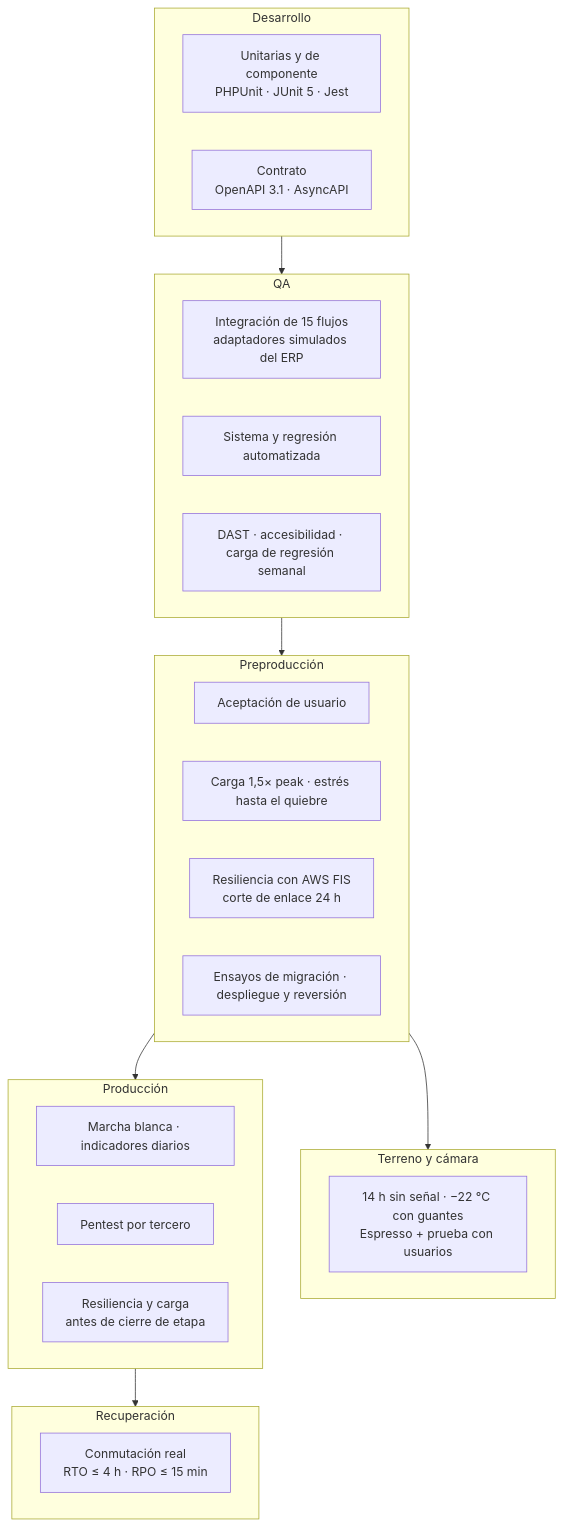
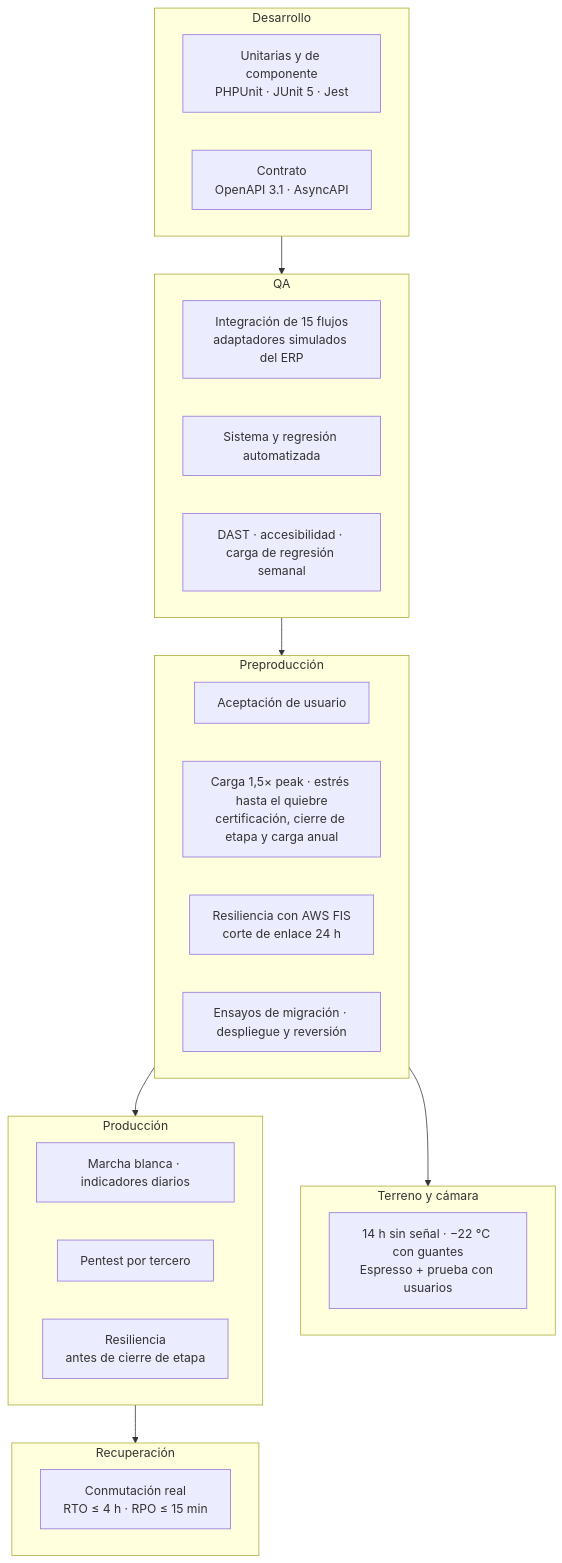
One commit to PatricioH315/LafroX changed the fourth of 10 diagrams in 09_plan_calidad/LAFROX-Subdocumento9.md. Above: the diagram before and after it, drawn with Mermaid. The commit also changed other lines of this file and 11 other files, not shown here.

````diff
--- a/09_plan_calidad/LAFROX-Subdocumento9.md
+++ b/09_plan_calidad/LAFROX-Subdocumento9.md
@@ -242,32 +243,32 @@
 ```mermaid
 flowchart TB
     subgraph DEV["Desarrollo"]
         D1["Unitarias y de componente<br/>PHPUnit · JUnit 5 · Jest"]
         D2["Contrato<br/>OpenAPI 3.1 · AsyncAPI"]
     end
     subgraph QA["QA"]
         Q1["Integración de 15 flujos<br/>adaptadores simulados del ERP"]
         Q2["Sistema y regresión automatizada"]
         Q3["DAST · accesibilidad · carga de regresión semanal"]
     end
     subgraph PRE["Preproducción"]
         P1["Aceptación de usuario"]
-        P2["Carga 1,5× peak · estrés hasta el quiebre"]
+        P2["Carga 1,5× peak · estrés hasta el quiebre<br/>certificación, cierre de etapa y carga anual"]
         P3["Resiliencia con AWS FIS<br/>corte de enlace 24 h"]
         P4["Ensayos de migración · despliegue y reversión"]
     end
     subgraph TER["Terreno y cámara"]
         T1["14 h sin señal · −22 °C con guantes<br/>Espresso + prueba con usuarios"]
     end
     subgraph PROD["Producción"]
         R1["Marcha blanca · indicadores diarios"]
         R2["Pentest por tercero"]
-        R3["Resiliencia y carga<br/>antes de cierre de etapa"]
+        R3["Resiliencia<br/>antes de cierre de etapa"]
     end
     subgraph DR["Recuperación"]
         X1["Conmutación real<br/>RTO ≤ 4 h · RPO ≤ 15 min"]
     end
     DEV --> QA --> PRE --> PROD
     PRE --> TER
     PROD --> DR
 ```
````
